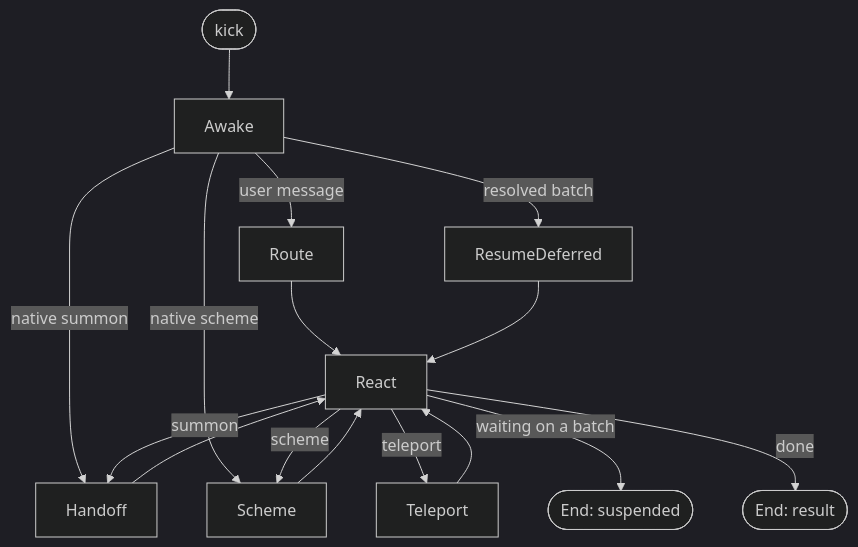
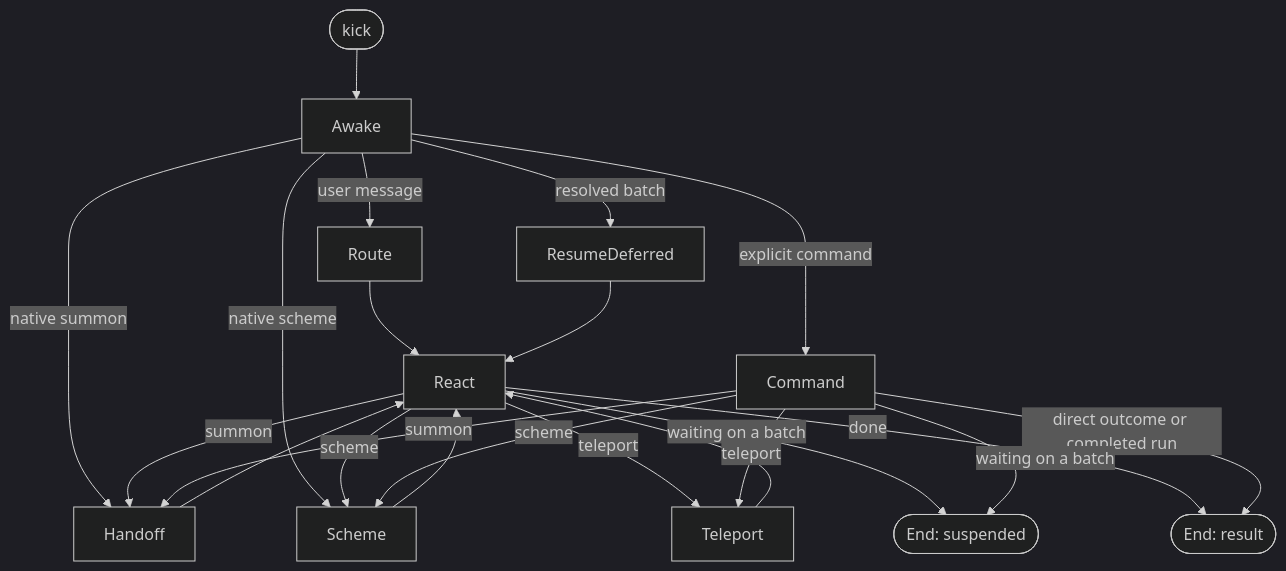
Before and after one commit to kalynnka/octomate: the diagram in docs/concepts/reflex.md, drawn with Mermaid (dark theme). The commit also changed other lines of this file and 20 other files, not shown here.

Commit message:
feat(reflex): add an explicit command entry

````diff
--- a/docs/concepts/reflex.md
+++ b/docs/concepts/reflex.md
@@ -15,18 +15,24 @@
 ```mermaid
 flowchart TD
   START([kick]) --> Awake
   Awake -->|resolved batch| ResumeDeferred
   Awake -->|native summon| Handoff
   Awake -->|native scheme| Scheme
   Awake -->|user message| Route
+  Awake -->|explicit command| Command
   Route --> React
   React -->|summon| Handoff
   React -->|scheme| Scheme
   React -->|teleport| Teleport
   React -->|waiting on a batch| Deferred([End: suspended])
   React -->|done| Done([End: result])
+  Command -->|direct outcome or completed run| Done
+  Command -->|summon| Handoff
+  Command -->|scheme| Scheme
+  Command -->|teleport| Teleport
+  Command -->|waiting on a batch| Deferred
   Handoff --> React
   Scheme --> React
   Teleport --> React
   ResumeDeferred --> React
 ```
````
